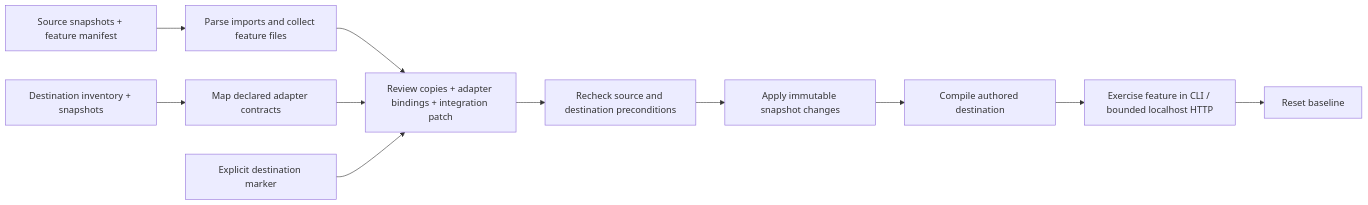
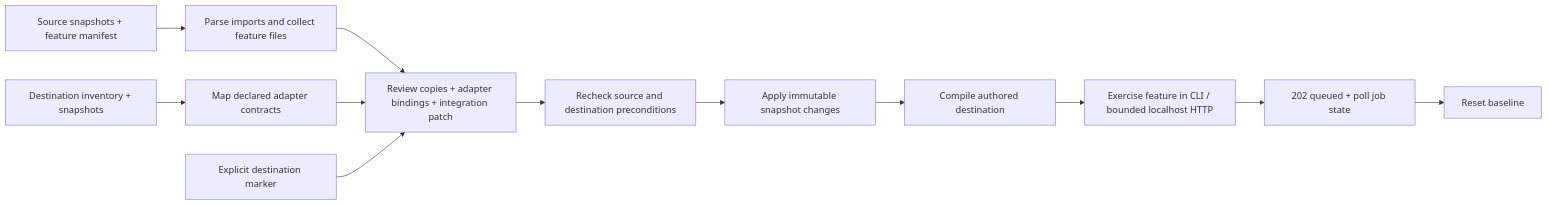
One commit to shlbi/graft changed the diagram in docs/DEMO.md. Above: the diagram before and after it, drawn with Mermaid. The commit also changed other lines of this file, not shown here.

Commit message:
docs(demo): align HTTP evidence with explicit job queue

````diff
--- a/docs/DEMO.md
+++ b/docs/DEMO.md
@@ -66,13 +71,14 @@
 ```mermaid
 flowchart LR
     A[Source snapshots + feature manifest] --> P[Parse imports and collect feature files]
     I[Destination inventory + snapshots] --> M[Map declared adapter contracts]
     P --> R[Review copies + adapter bindings + integration patch]
     M --> R
     X[Explicit destination marker] --> R
     R --> G[Recheck source and destination preconditions]
     G --> O[Apply immutable snapshot changes]
     O --> C[Compile authored destination]
     C --> H[Exercise feature in CLI / bounded localhost HTTP]
-    H --> Z[Reset baseline]
+    H --> Q[202 queued + poll job state]
+    Q --> Z[Reset baseline]
 ```
````
